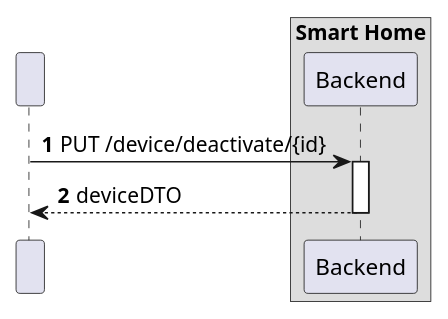
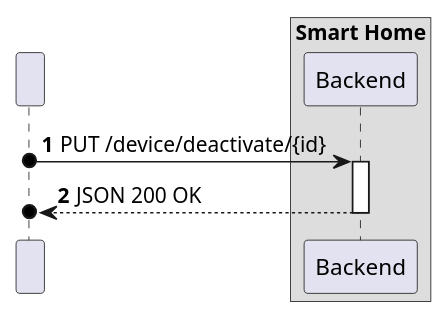
The diagram in docs/ooa/C4_4plus1_models/Level2/ProcessView/ProcessViewLevel2_UC08.puml (olivDiogo/SmartHome), drawn with PlantUML before and after one commit. The commit also changed 3 other files, not shown here.

Commit message:
#518 fix: update UC08 ProcessViewLevel2_UC08.puml and ProcessViewLevel3_UC08.puml diagrams

```diff
--- a/docs/ooa/C4_4plus1_models/Level2/ProcessView/ProcessViewLevel2_UC08.puml
+++ b/docs/ooa/C4_4plus1_models/Level2/ProcessView/ProcessViewLevel2_UC08.puml
@@ -1,18 +1,18 @@
 @startuml
 'https://plantuml.com/sequence-diagram
 !pragma layout smetana
 
 autonumber
 
 participant  " "  as HTTP
 box "Smart Home"
     participant "Backend" as BE
 end box
 
-HTTP -> BE : PUT /device/deactivate/{id}
+HTTP o-> BE : PUT /device/deactivate/{id}
 activate BE
 
-BE --> HTTP : deviceDTO
+BE -->o HTTP : JSON 200 OK
 deactivate BE
 
 @enduml
```
